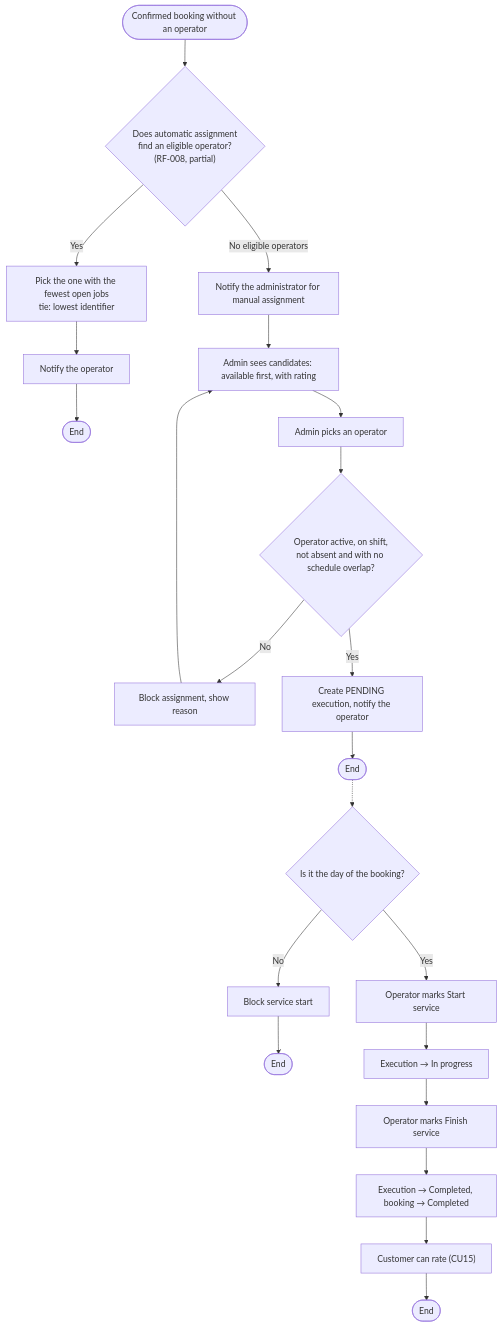
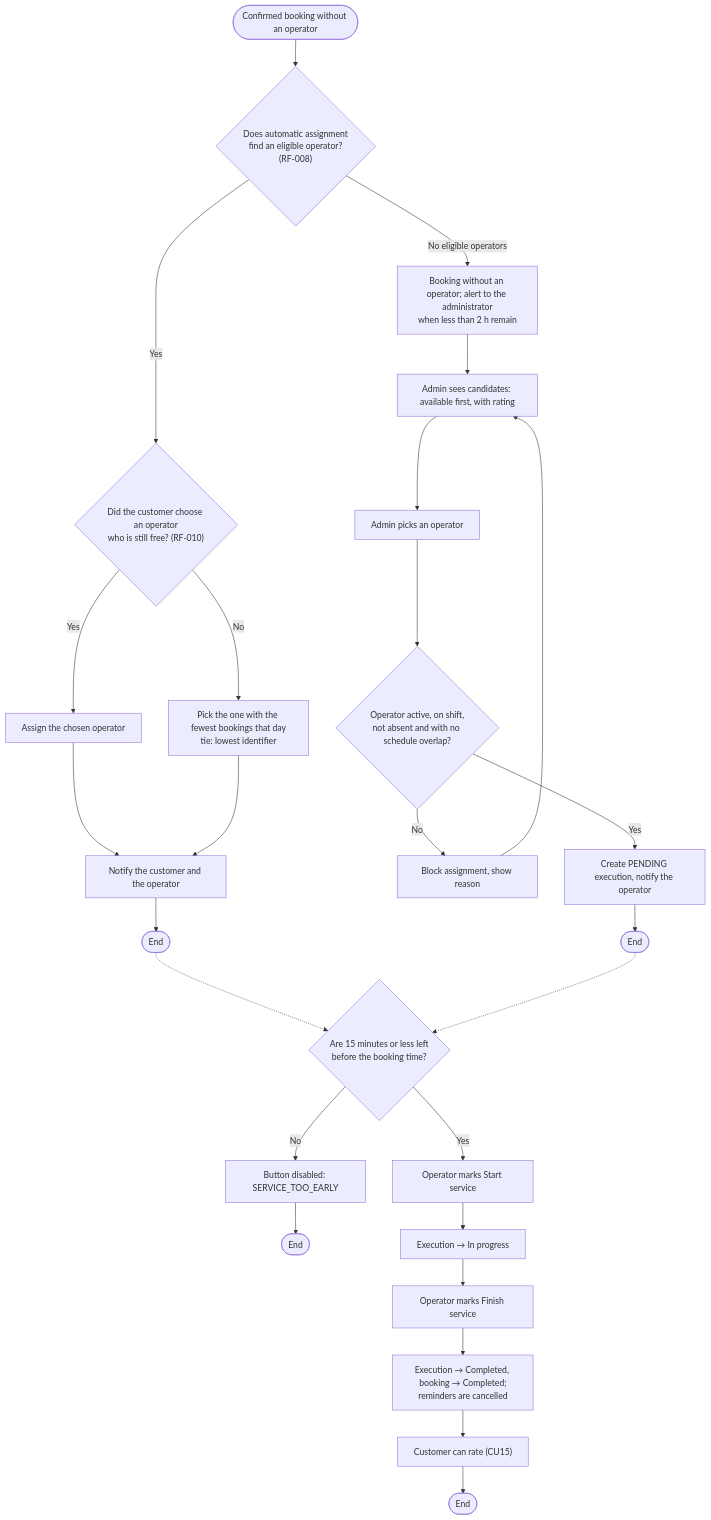
One commit to BrayanCABRERA123/lavarapido-docs changed diagram 16 of 24 in 02-analisis-vistas-dinamicas/EN/dynamic-views-analysis.md. Above: the diagram before and after it, drawn with Mermaid. The commit also changed other lines of this file and 1 other file, not shown here.

Commit message:
docs(analysis): add lockout, automatic assignment and inspection report to the dynamic views

````diff
--- a/02-analisis-vistas-dinamicas/EN/dynamic-views-analysis.md
+++ b/02-analisis-vistas-dinamicas/EN/dynamic-views-analysis.md
@@ -550,25 +656,29 @@
 ```mermaid
 flowchart TD
-    start([Confirmed booking without an operator]) --> auto{"Does automatic assignment<br/>find an eligible operator?<br/>(RF-008, partial)"}
-    auto -->|Yes| pick[Pick the one with the fewest open jobs<br/>tie: lowest identifier]
-    pick --> notifyop[Notify the operator]
+    start([Confirmed booking without an operator]) --> auto{"Does automatic assignment<br/>find an eligible operator?<br/>(RF-008)"}
+    auto -->|Yes| pref{"Did the customer choose an operator<br/>who is still free? (RF-010)"}
+    pref -->|Yes| chosen[Assign the chosen operator]
+    pref -->|No| pick[Pick the one with the fewest bookings that day<br/>tie: lowest identifier]
+    chosen --> notifyop[Notify the customer and the operator]
+    pick --> notifyop
     notifyop --> stopA([End])
-    auto -->|No eligible operators| manual[Notify the administrator for manual assignment]
+    auto -->|No eligible operators| manual["Booking without an operator; alert to the administrator<br/>when less than 2 h remain"]
     manual --> list[Admin sees candidates: available first, with rating]
     list --> chooseop[Admin picks an operator]
     chooseop --> valid{Operator active, on shift,<br/>not absent and with no schedule overlap?}
     valid -->|No| blockop[Block assignment, show reason]
     blockop --> list
     valid -->|Yes| assign[Create PENDING execution, notify the operator]
     assign --> stopB([End])
 
-    stopB -.-> today{Is it the day of the booking?}
-    today -->|No| blockday[Block service start]
+    stopA -.-> today{"Are 15 minutes or less left<br/>before the booking time?"}
+    stopB -.-> today
+    today -->|No| blockday[Button disabled: SERVICE_TOO_EARLY]
     blockday --> stopC([End])
     today -->|Yes| startsvc[Operator marks Start service]
     startsvc --> inprog[Execution → In progress]
     inprog --> finish[Operator marks Finish service]
-    finish --> completed[Execution → Completed, booking → Completed]
+    finish --> completed[Execution → Completed, booking → Completed;<br/>reminders are cancelled]
     completed --> rate["Customer can rate (CU15)"]
     rate --> stopD([End])
 ```
````
